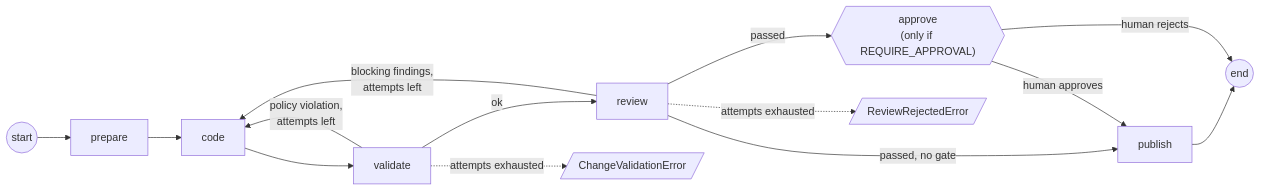
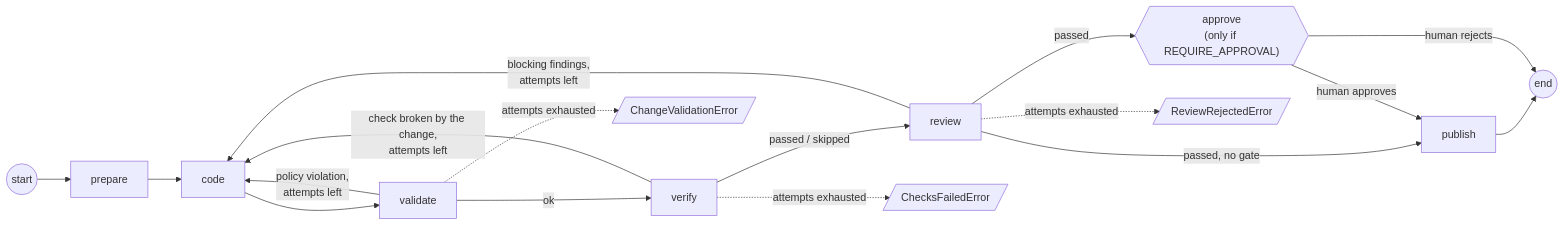
One commit to SumanthKumar1210/autonomous_coding_agent changed the third of 4 diagrams in ARCHITECTURE.md. Above: the diagram before and after it, drawn with Mermaid. The commit also changed other lines of this file and 33 other files, not shown here.

````diff
--- a/ARCHITECTURE.md
+++ b/ARCHITECTURE.md
@@ -217,13 +234,16 @@
 ```mermaid
 flowchart LR
     S((start)) --> prepare --> code --> validate
     validate -->|policy violation,<br/>attempts left| code
-    validate -->|ok| review
+    validate -->|ok| verify
+    verify -->|check broken by the change,<br/>attempts left| code
+    verify -->|passed / skipped| review
     review -->|blocking findings,<br/>attempts left| code
     review -->|passed| approve{{"approve<br/>(only if REQUIRE_APPROVAL)"}}
     review -->|passed, no gate| publish
     approve -->|human approves| publish --> E((end))
     approve -->|human rejects| E
     validate -.->|attempts exhausted| F[/"ChangeValidationError"/]
+    verify -.->|attempts exhausted| H[/"ChecksFailedError"/]
     review -.->|attempts exhausted| G[/"ReviewRejectedError"/]
 ```
````
